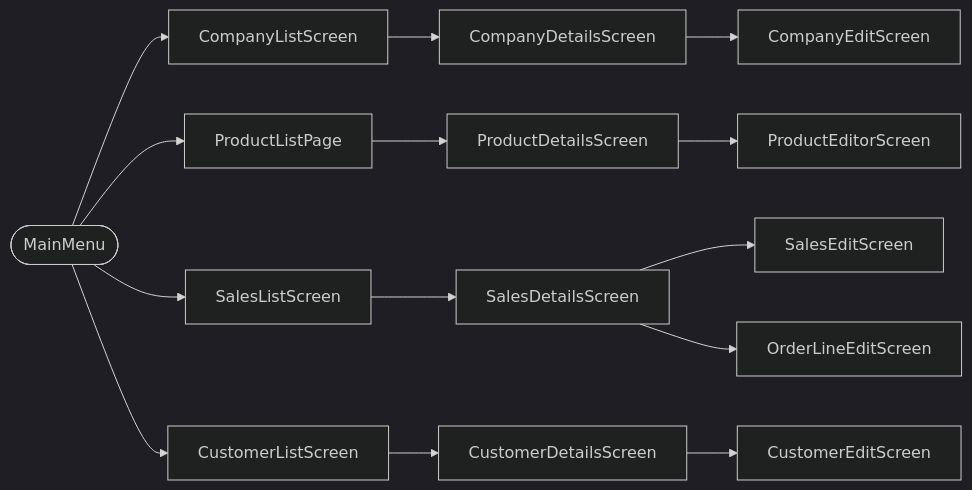
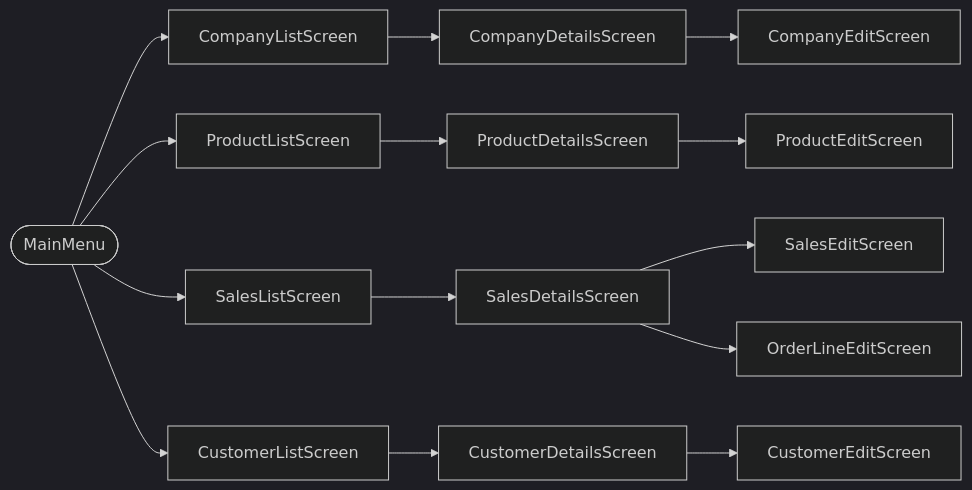
The diagram in README.md (TobiasAagaard/LNE-ERP), drawn with Mermaid (dark theme) before and after one commit. The commit also changed other lines of this file, not shown here.

````diff
--- a/README.md
+++ b/README.md
@@ -60,10 +77,10 @@
 ```mermaid
 flowchart LR
     Main([MainMenu])
 
     Main --> CL[CompanyListScreen]   --> CD[CompanyDetailsScreen]   --> CE[CompanyEditScreen]
-    Main --> PL[ProductListPage]     --> PD[ProductDetailsScreen]   --> PE[ProductEditorScreen]
+    Main --> PL[ProductListScreen]   --> PD[ProductDetailsScreen]   --> PE[ProductEditScreen]
     Main --> SL[SalesListScreen]     --> SD[SalesDetailsScreen]     --> SE[SalesEditScreen]
     SD --> OLE[OrderLineEditScreen]
     Main --> CuL[CustomerListScreen] --> CuD[CustomerDetailsScreen] --> CuE[CustomerEditScreen]
 ```
````
